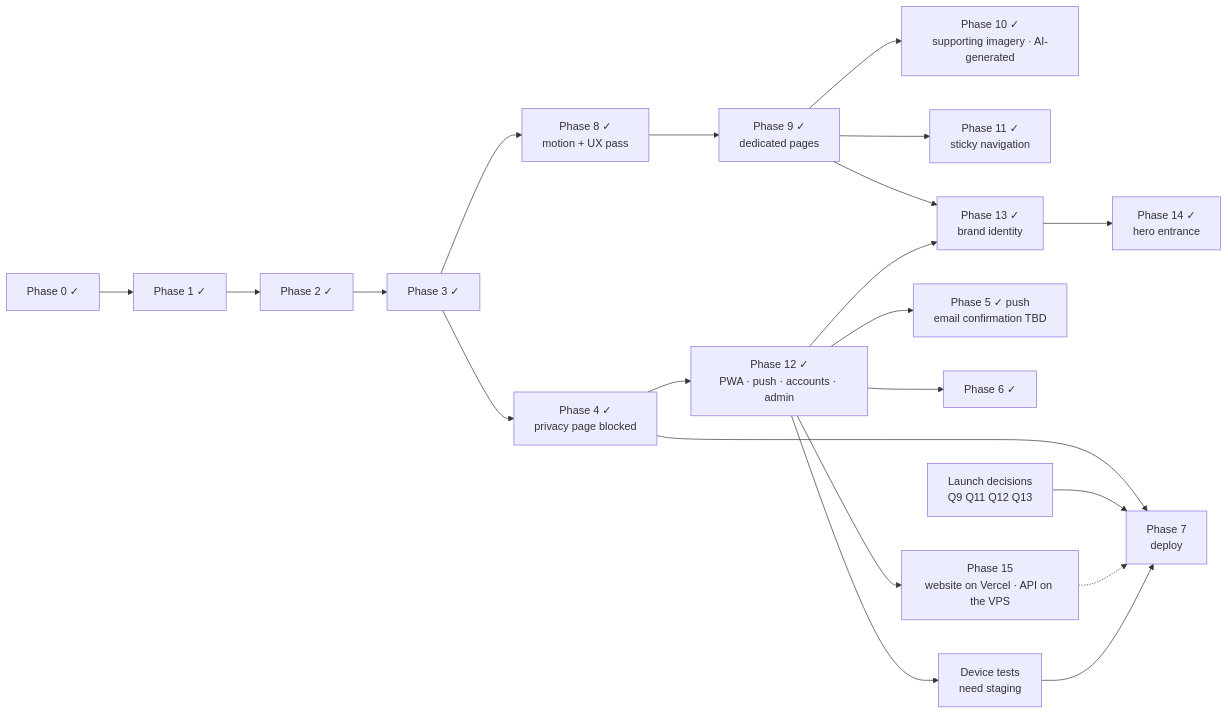
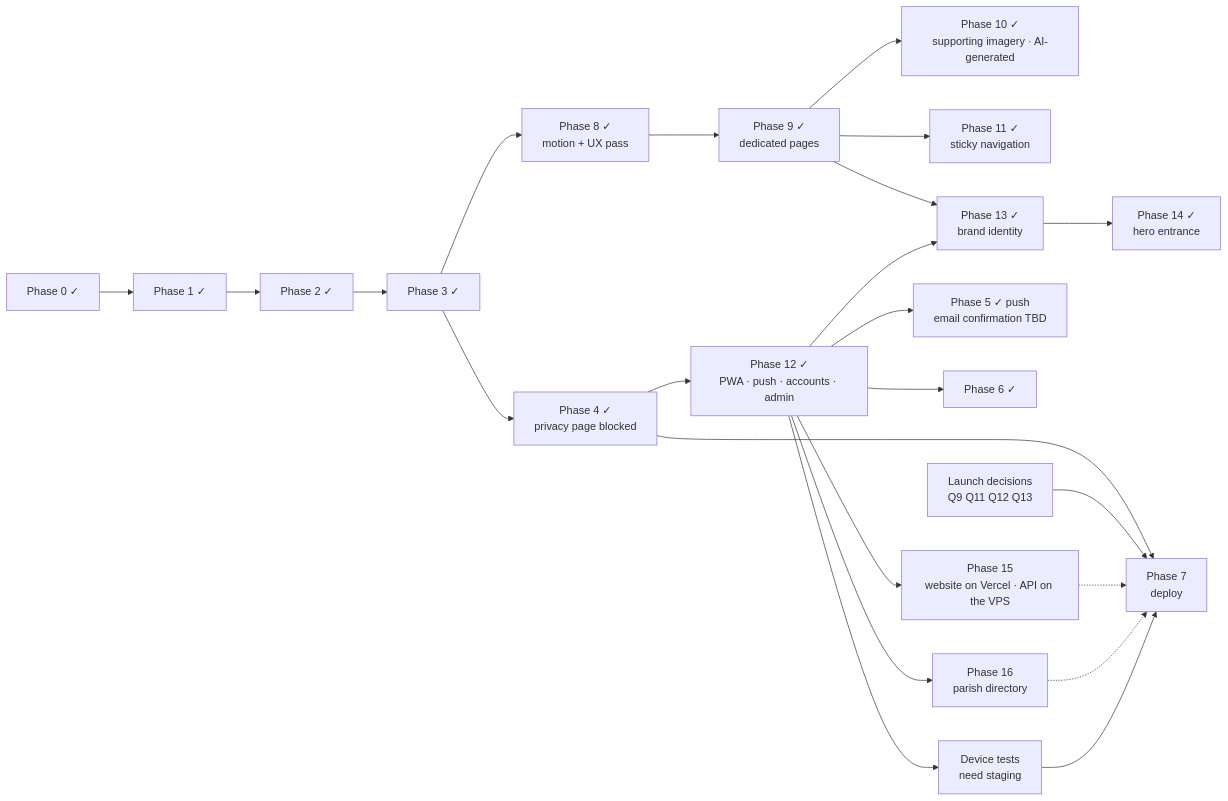
One commit to E310-Tech-Team/nyaya-sop changed the diagram in docs/06-Implementation-Plan.md. Above: the diagram before and after it, drawn with Mermaid. The commit also changed other lines of this file and 52 other files, not shown here.

````diff
--- a/docs/06-Implementation-Plan.md
+++ b/docs/06-Implementation-Plan.md
@@ -259,23 +276,25 @@
 ```mermaid
 flowchart LR
     P0[Phase 0 ✓] --> P1[Phase 1 ✓]
     P1 --> P2[Phase 2 ✓]
     P2 --> P3[Phase 3 ✓]
     P3 --> P4[Phase 4 ✓<br/>privacy page blocked]
     P3 --> P8[Phase 8 ✓<br/>motion + UX pass]
     P8 --> P9[Phase 9 ✓<br/>dedicated pages]
     P9 --> P10[Phase 10 ✓<br/>supporting imagery · AI-generated]
     P9 --> P11[Phase 11 ✓<br/>sticky navigation]
     P4 --> P7[Phase 7<br/>deploy]
     Q[Launch decisions<br/>Q9 Q11 Q12 Q13] --> P7
     P4 --> P12[Phase 12 ✓<br/>PWA · push · accounts · admin]
     P12 --> P5[Phase 5 ✓ push<br/>email confirmation TBD]
     P12 --> P6[Phase 6 ✓]
     P12 --> DEV[Device tests<br/>need staging]
     P9 --> P13[Phase 13 ✓<br/>brand identity]
     P12 --> P13
     P13 --> P14[Phase 14 ✓<br/>hero entrance]
     P12 --> P15[Phase 15<br/>website on Vercel · API on the VPS]
     P15 -.-> P7
+    P12 --> P16[Phase 16<br/>parish directory]
+    P16 -.-> P7
     DEV --> P7
 ```
````
